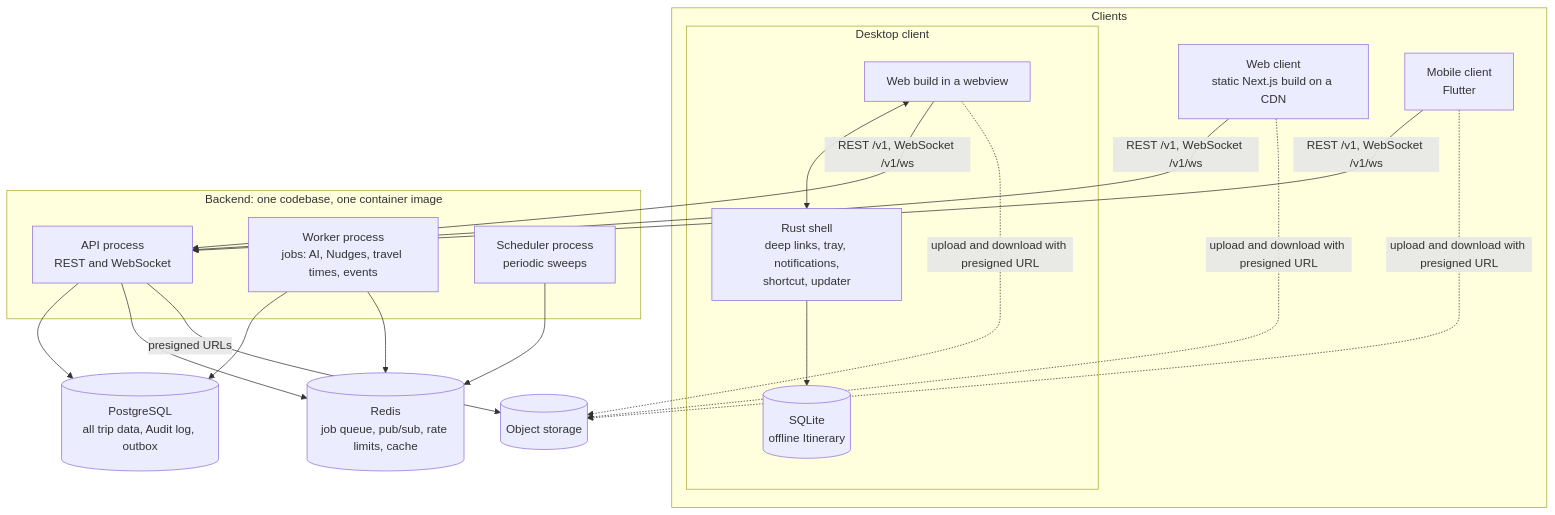
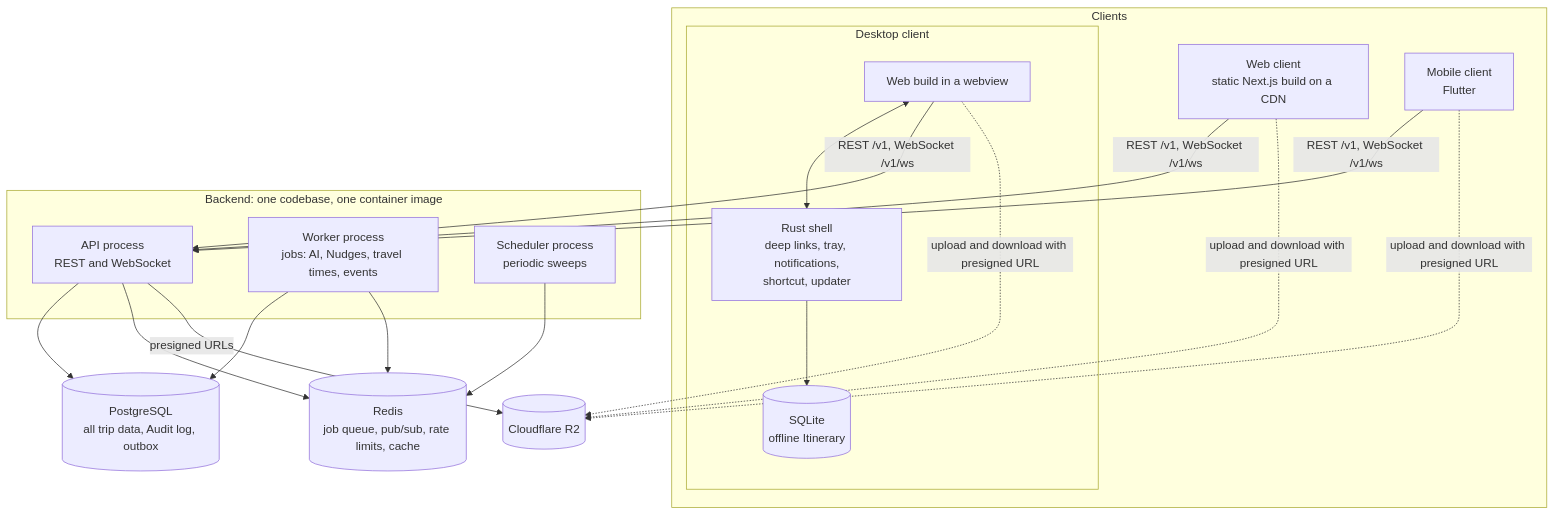
One commit to huynguyennang-agilityio/tripmate-docs changed the second of 7 diagrams in docs/architecture.md. Above: the diagram before and after it, drawn with Mermaid. The commit also changed other lines of this file and 6 other files, not shown here.

First line of the commit message:
architecture.md v1.1; add data-model, api-design, security v1.0

````diff
--- a/docs/architecture.md
+++ b/docs/architecture.md
@@ -79,31 +88,31 @@
 ```mermaid
 flowchart TB
     subgraph Clients
         W["Web client<br/>static Next.js build on a CDN"]
         MO["Mobile client<br/>Flutter"]
         subgraph D["Desktop client"]
             DW["Web build in a webview"]
             DR["Rust shell<br/>deep links, tray, notifications,<br/>shortcut, updater"]
             DC[("SQLite<br/>offline Itinerary")]
             DW <--> DR
             DR --> DC
         end
     end
     subgraph Backend["Backend: one codebase, one container image"]
         API["API process<br/>REST and WebSocket"]
         WK["Worker process<br/>jobs: AI, Nudges, travel times, events"]
         SC["Scheduler process<br/>periodic sweeps"]
     end
     PG[("PostgreSQL<br/>all trip data, Audit log, outbox")]
     RD[("Redis<br/>job queue, pub/sub, rate limits, cache")]
-    OS[("Object storage")]
+    OS[("Cloudflare R2")]
 
     W & MO & DW -->|"REST /v1, WebSocket /v1/ws"| API
     API --> PG
     API --> RD
     WK --> PG
     WK --> RD
     SC --> RD
     API -->|"presigned URLs"| OS
     W & MO & DW -.->|"upload and download with presigned URL"| OS
 ```
````
